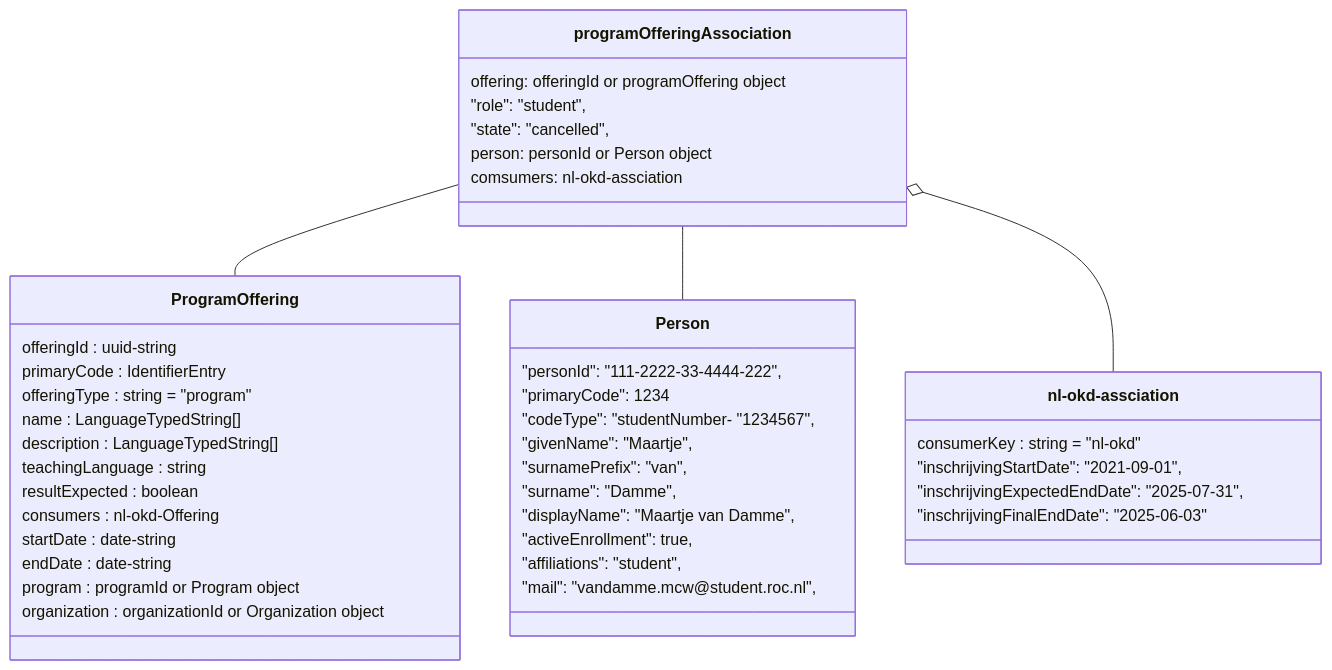
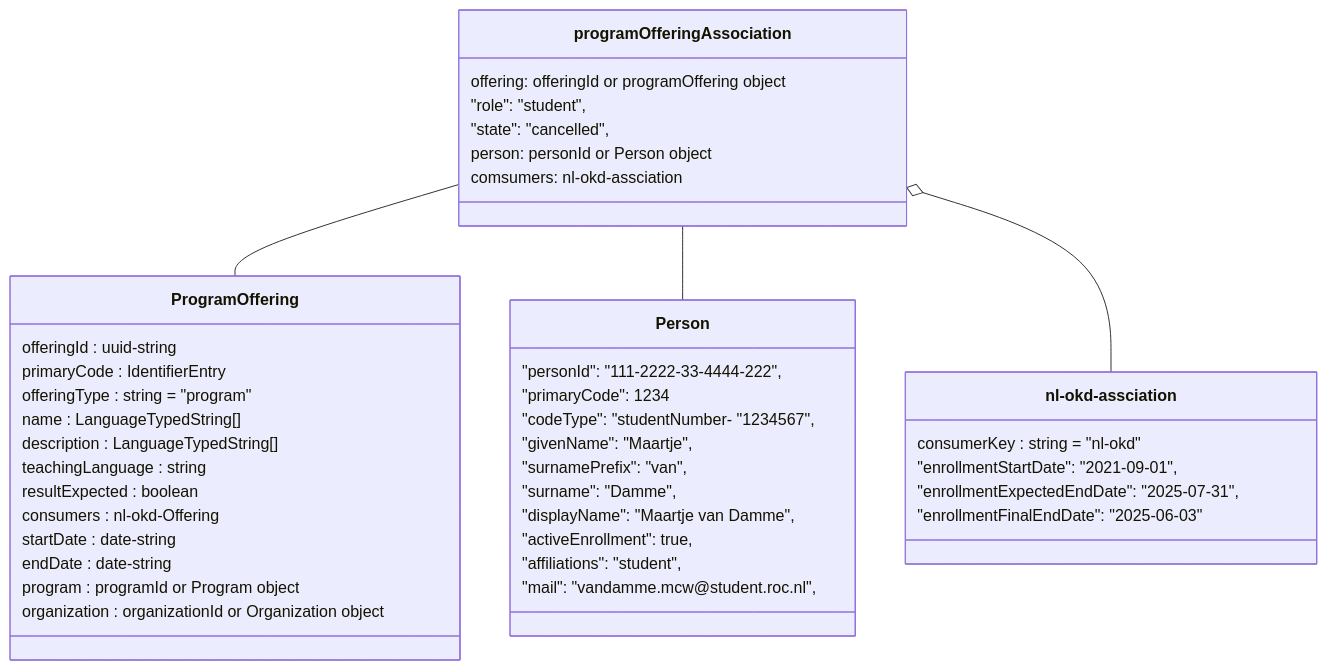
The second of 2 diagrams in doc/flow-5.md (Onderwijs-Koppelingen-OKx/OKD-Document-Management), drawn with Mermaid before and after one commit. The commit also changed 3 other files, not shown here.

````diff
--- a/doc/flow-5.md
+++ b/doc/flow-5.md
@@ -53,50 +53,50 @@
 ```mermaid
 	classDiagram
 
     class programOfferingAssociation {
         offering: offeringId or programOffering object
         "role": "student",
         "state": "cancelled",
         person: personId or Person object
         comsumers: nl-okd-assciation
     }
     class Person {
         "personId": "111-2222-33-4444-222",
         "primaryCode": 1234
         "codeType": "studentNumber- "1234567",
         "givenName": "Maartje",
         "surnamePrefix": "van",
         "surname": "Damme",
         "displayName": "Maartje van Damme",
         "activeEnrollment": true,
         "affiliations": "student",
         "mail": "vandamme.mcw\@student.roc.nl",
     }
     class ProgramOffering {
         offeringId : uuid-string
         primaryCode : IdentifierEntry
         offeringType : string = "program"
         name : LanguageTypedString[]
         description : LanguageTypedString[]
         teachingLanguage : string
         resultExpected : boolean
         consumers : nl-okd-Offering
         startDate : date-string
         endDate : date-string
         program : programId or Program object
         organization : organizationId or Organization object
     }
 
     class `nl-okd-assciation` {
         consumerKey : string = "nl-okd"
-        "inschrijvingStartDate": "2021-09-01", 
-        "inschrijvingExpectedEndDate": "2025-07-31",
-        "inschrijvingFinalEndDate": "2025-06-03"
+        "enrollmentStartDate": "2021-09-01", 
+        "enrollmentExpectedEndDate": "2025-07-31",
+        "enrollmentFinalEndDate": "2025-06-03"
     }
 
     programOfferingAssociation -- ProgramOffering
     programOfferingAssociation -- Person
 
     programOfferingAssociation o-- `nl-okd-assciation`
 
 ```
````
